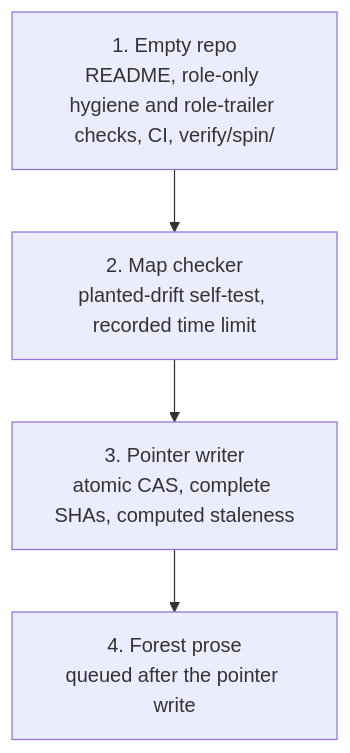
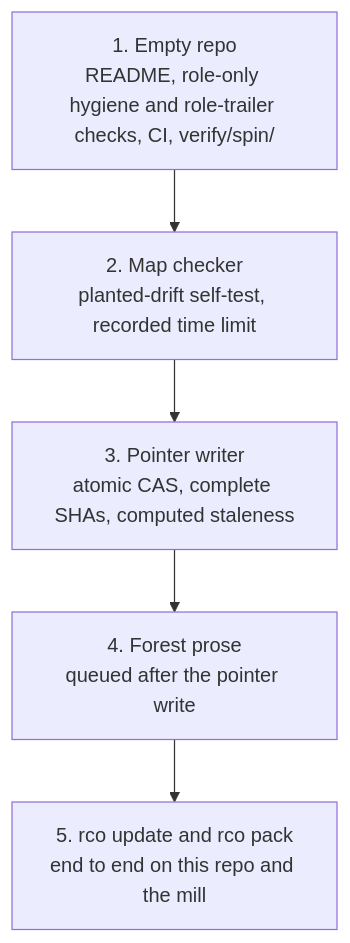
One commit to si4ai/repo-context-optimizer changed the seventh of 8 diagrams in README.md. Above: the diagram before and after it, drawn with Mermaid. The commit also changed other lines of this file, not shown here.

Commit message:
README: add slice 5, rco update and rco pack end to end
Role: builder

````diff
--- a/README.md
+++ b/README.md
@@ -335,7 +335,8 @@
 ```mermaid
 flowchart TD
     S1["1. Empty repo<br/>README, role-only hygiene and role-trailer checks, CI, verify/spin/"] --> S2
     S2["2. Map checker<br/>planted-drift self-test, recorded time limit"] --> S3
     S3["3. Pointer writer<br/>atomic CAS, complete SHAs, computed staleness"] --> S4
-    S4["4. Forest prose<br/>queued after the pointer write"]
+    S4["4. Forest prose<br/>queued after the pointer write"] --> S5
+    S5["5. rco update and rco pack<br/>end to end on this repo and the mill"]
 ```
````
